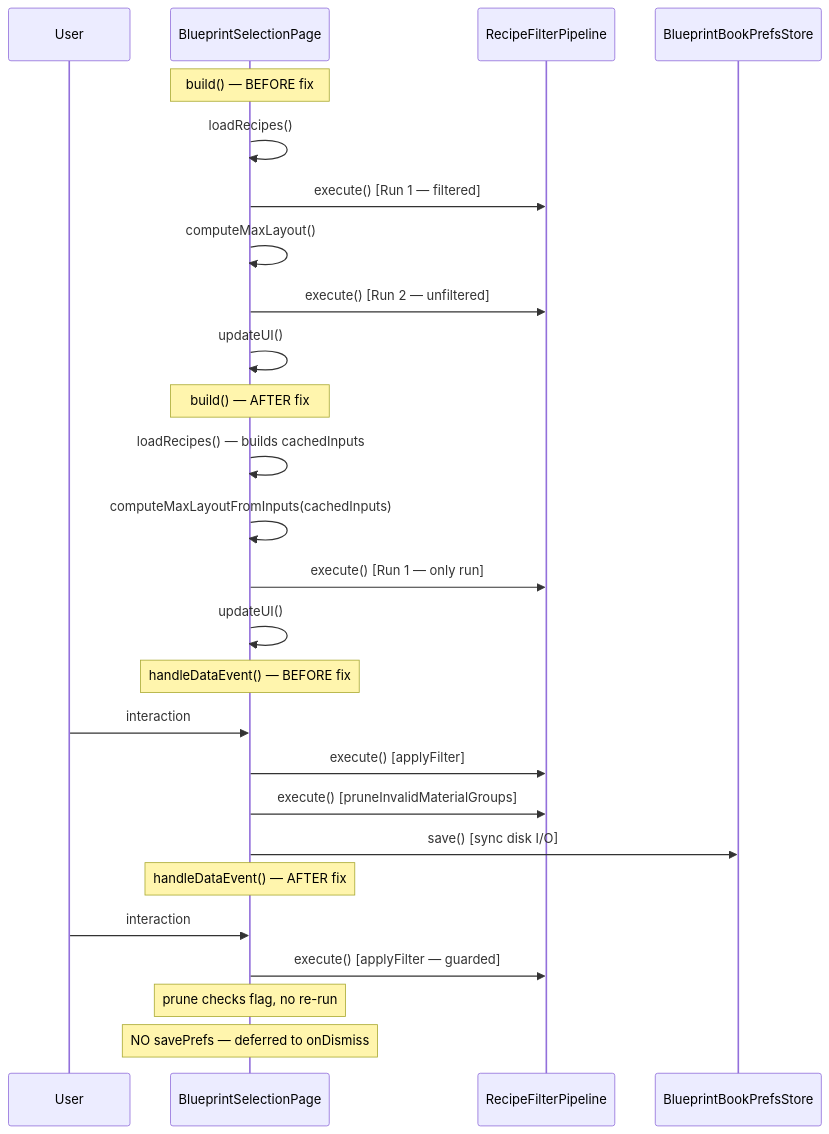
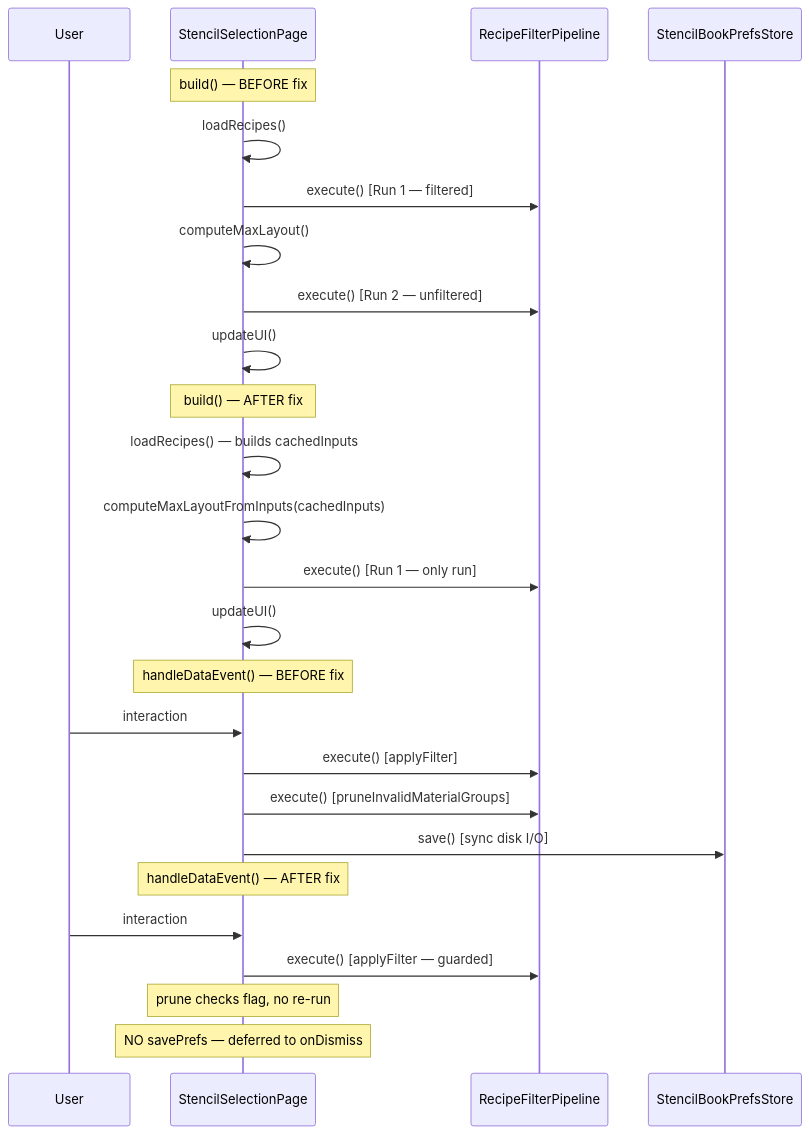
The third of 3 diagrams in docs/design-bench-freeze-fixes.md (TheCodeCreature/Hytale-Example-Plugin), drawn with Mermaid before and after one commit. The commit also changed other lines of this file and 289 other files, not shown here.

````diff
--- a/docs/design-bench-freeze-fixes.md
+++ b/docs/design-bench-freeze-fixes.md
@@ -65,32 +65,32 @@
 ```mermaid
 sequenceDiagram
     participant User
-    participant BSP as BlueprintSelectionPage
+    participant BSP as StencilSelectionPage
     participant RFP as RecipeFilterPipeline
-    participant Prefs as BlueprintBookPrefsStore
+    participant Prefs as StencilBookPrefsStore
 
     Note over BSP: build() — BEFORE fix
     BSP->>BSP: loadRecipes()
     BSP->>RFP: execute() [Run 1 — filtered]
     BSP->>BSP: computeMaxLayout()
     BSP->>RFP: execute() [Run 2 — unfiltered]
     BSP->>BSP: updateUI()
 
     Note over BSP: build() — AFTER fix
     BSP->>BSP: loadRecipes() — builds cachedInputs
     BSP->>BSP: computeMaxLayoutFromInputs(cachedInputs)
     BSP->>RFP: execute() [Run 1 — only run]
     BSP->>BSP: updateUI()
 
     Note over BSP: handleDataEvent() — BEFORE fix
     User->>BSP: interaction
     BSP->>RFP: execute() [applyFilter]
     BSP->>RFP: execute() [pruneInvalidMaterialGroups]
     BSP->>Prefs: save() [sync disk I/O]
 
     Note over BSP: handleDataEvent() — AFTER fix
     User->>BSP: interaction
     BSP->>RFP: execute() [applyFilter — guarded]
     Note over BSP: prune checks flag, no re-run
     Note over BSP: NO savePrefs — deferred to onDismiss
 ```
````
